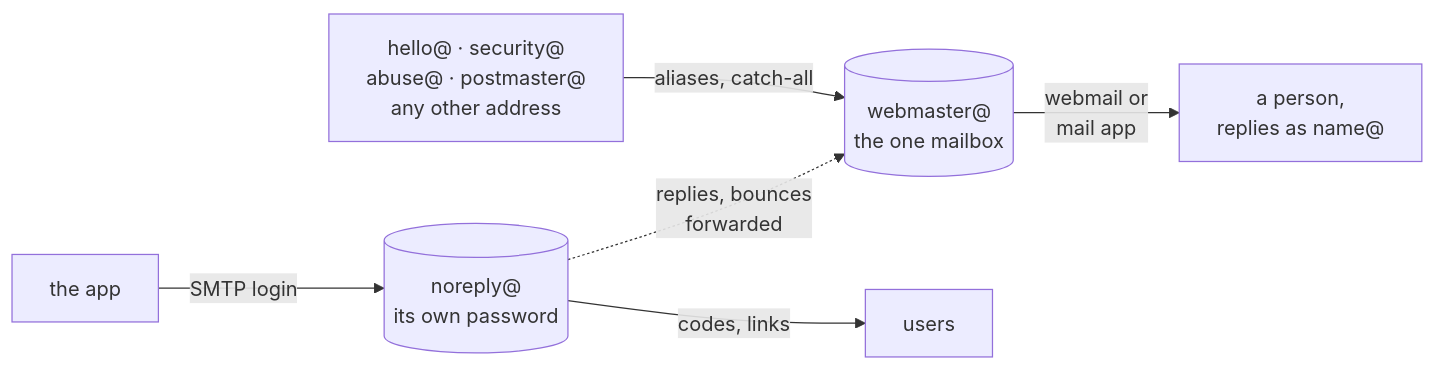
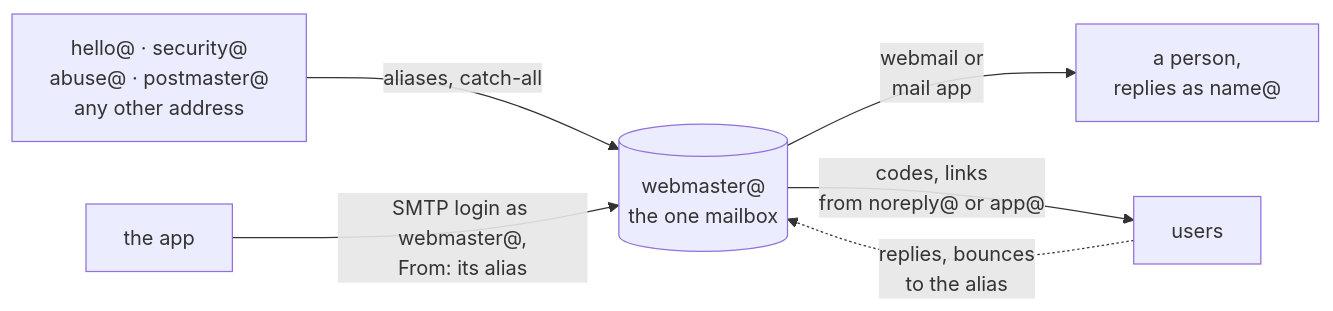
The diagram in docs/repo-setup/mail.md (Marceltov/engineering-conventions), drawn with Mermaid before and after one commit. The commit also changed other lines of this file and 2 other files, not shown here.

First line of the commit message:
Mail: the app logs in as the one mailbox and sends from its alias

````diff
--- a/docs/repo-setup/mail.md
+++ b/docs/repo-setup/mail.md
@@ -5,8 +5,8 @@
 ```mermaid
 flowchart LR
   IN["hello@ · security@<br/>abuse@ · postmaster@<br/>any other address"] -- "aliases, catch-all" --> MB[("webmaster@<br/>the one mailbox")]
   MB -- "webmail or<br/>mail app" --> P["a person,<br/>replies as name@"]
-  APP["the app"] -- "SMTP login" --> NR[("noreply@<br/>its own password")]
-  NR -- "codes, links" --> U["users"]
-  NR -. "replies, bounces<br/>forwarded" .-> MB
+  APP["the app"] -- "SMTP login as webmaster@,<br/>From: its alias" --> MB
+  MB -- "codes, links<br/>from noreply@ or app@" --> U["users"]
+  U -. "replies, bounces<br/>to the alias" .-> MB
 ```
````
